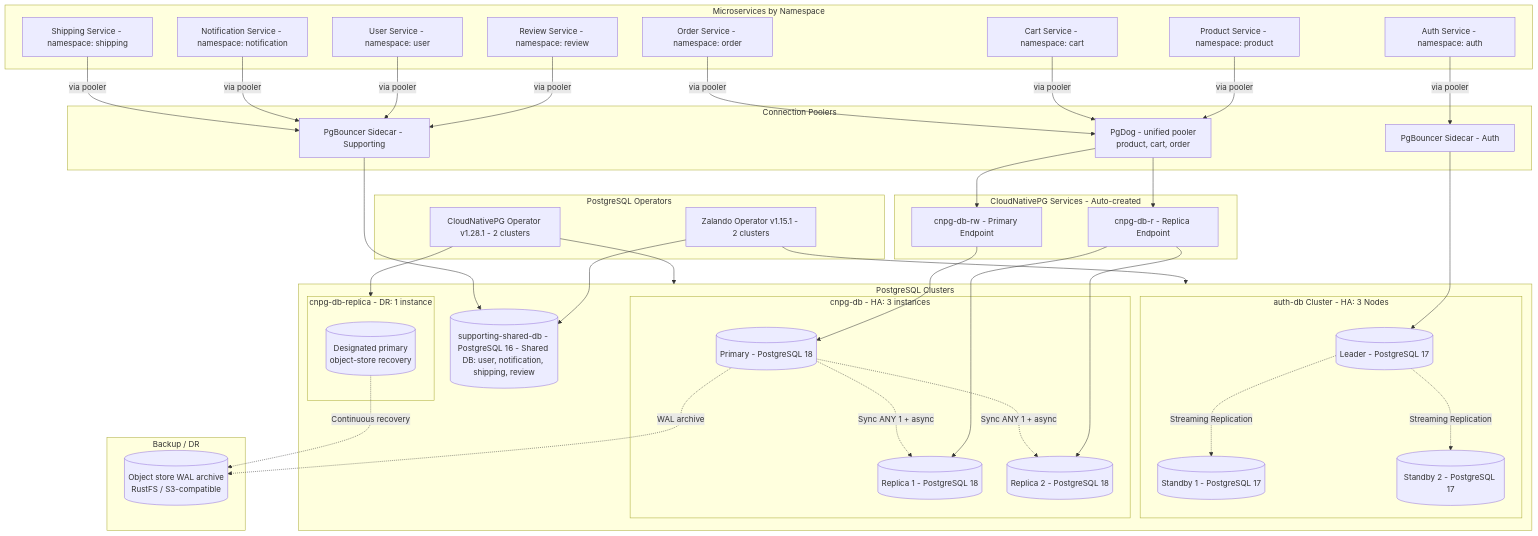
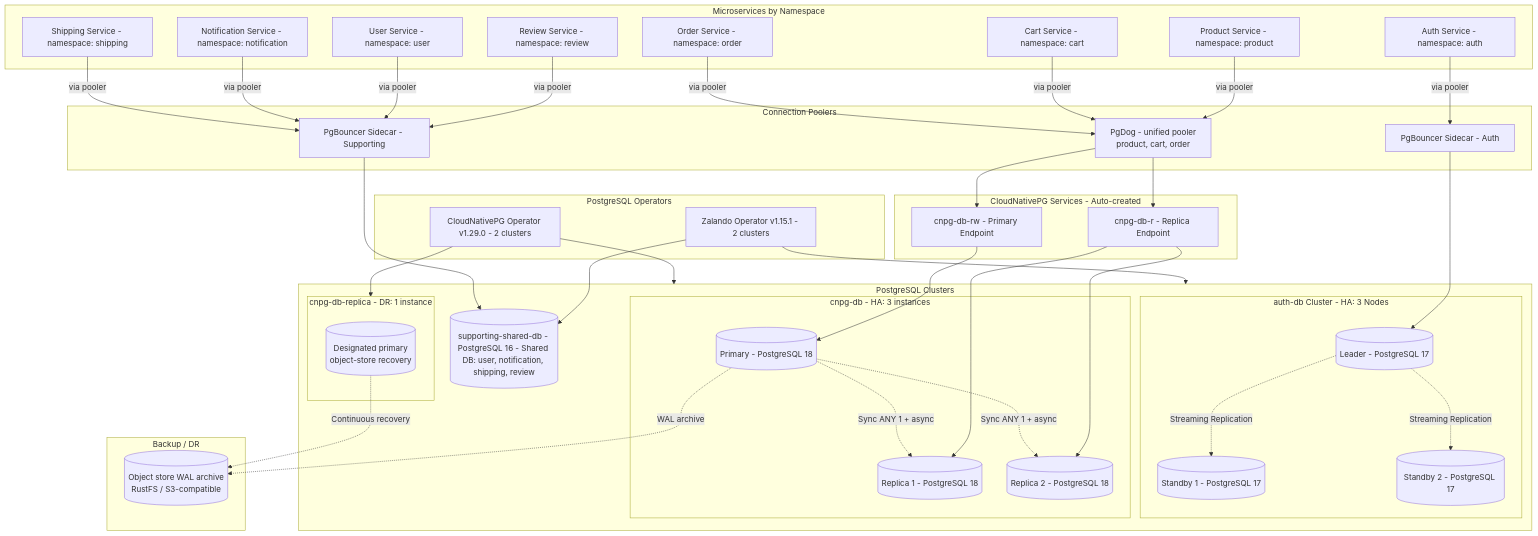
One commit to duynhlab/homelab changed the first of 3 diagrams in docs/databases/002-database-integration.md. Above: the diagram before and after it, drawn with Mermaid. The commit also changed other lines of this file and 4 other files, not shown here.

````diff
--- a/docs/databases/002-database-integration.md
+++ b/docs/databases/002-database-integration.md
@@ -31,82 +31,82 @@
 ```mermaid
 flowchart TB
     subgraph Operators["PostgreSQL Operators"]
         Zalando["Zalando Operator v1.15.1 - 2 clusters"]
-        CloudNativePG["CloudNativePG Operator v1.28.1 - 2 clusters"]
+        CloudNativePG["CloudNativePG Operator v1.29.0 - 2 clusters"]
     end
     
     subgraph Services["Microservices by Namespace"]
         AuthSvc["Auth Service - namespace: auth"]
         ProductSvc["Product Service - namespace: product"]
         CartSvc["Cart Service - namespace: cart"]
         OrderSvc["Order Service - namespace: order"]
         ReviewSvc["Review Service - namespace: review"]
         UserSvc["User Service - namespace: user"]
         NotificationSvc["Notification Service - namespace: notification"]
         ShippingSvc["Shipping Service - namespace: shipping"]
     end
     
     subgraph Poolers["Connection Poolers"]
         PgBouncerAuth["PgBouncer Sidecar - Auth"]
         PgBouncerSupporting["PgBouncer Sidecar - Supporting"]
         PgDogCNPG["PgDog - unified pooler<br/>product, cart, order"]
     end
     
     subgraph Clusters["PostgreSQL Clusters"]
         subgraph AuthDBCluster["auth-db Cluster - HA: 3 Nodes"]
             AuthLeader[("Leader - PostgreSQL 17")]
             AuthStandby1[("Standby 1 - PostgreSQL 17")]
             AuthStandby2[("Standby 2 - PostgreSQL 17")]
         end
         
         subgraph CnpgPrimary["cnpg-db - HA: 3 instances"]
             CnpgPrimaryNode[("Primary - PostgreSQL 18")]
             CnpgReplica1[("Replica 1 - PostgreSQL 18")]
             CnpgReplica2[("Replica 2 - PostgreSQL 18")]
         end
         
         subgraph CnpgDR["cnpg-db-replica - DR: 1 instance"]
             CnpgDRNode[("Designated primary<br/>object-store recovery")]
         end
         
         SupportingDB[("supporting-shared-db - PostgreSQL 16 - Shared DB: user, notification, shipping, review")]
     end
     
     subgraph ObjectStore["Backup / DR"]
         RustFS[("Object store WAL archive<br/>RustFS / S3-compatible")]
     end
     
     subgraph CloudNativePGSvc["CloudNativePG Services - Auto-created"]
         CnpgRW["cnpg-db-rw - Primary Endpoint"]
         CnpgR["cnpg-db-r - Replica Endpoint"]
     end
     
     Zalando --> AuthDBCluster
     Zalando --> SupportingDB
     CloudNativePG --> CnpgPrimary
     CloudNativePG --> CnpgDR
     
     CnpgRW --> CnpgPrimaryNode
     CnpgR --> CnpgReplica1
     CnpgR --> CnpgReplica2
     
     AuthSvc -->|via pooler| PgBouncerAuth
     PgBouncerAuth --> AuthLeader
     ProductSvc -->|via pooler| PgDogCNPG
     CartSvc -->|via pooler| PgDogCNPG
     OrderSvc -->|via pooler| PgDogCNPG
     PgDogCNPG --> CnpgRW
     PgDogCNPG --> CnpgR
     ReviewSvc -->|via pooler| PgBouncerSupporting
     UserSvc -->|via pooler| PgBouncerSupporting
     NotificationSvc -->|via pooler| PgBouncerSupporting
     ShippingSvc -->|via pooler| PgBouncerSupporting
     PgBouncerSupporting --> SupportingDB
     
     AuthLeader -.->|Streaming Replication| AuthStandby1
     AuthLeader -.->|Streaming Replication| AuthStandby2
     CnpgPrimaryNode -.->|Sync ANY 1 + async| CnpgReplica1
     CnpgPrimaryNode -.->|Sync ANY 1 + async| CnpgReplica2
     CnpgPrimaryNode -.->|WAL archive| RustFS
     CnpgDRNode -.->|Continuous recovery| RustFS
 ```
````
